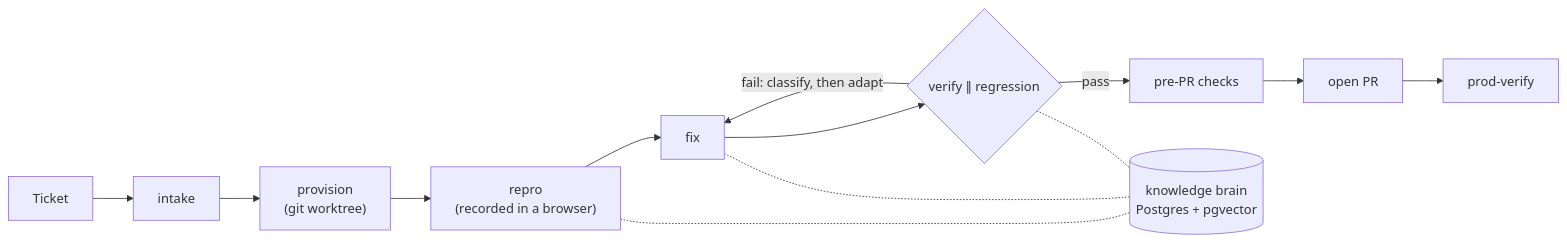
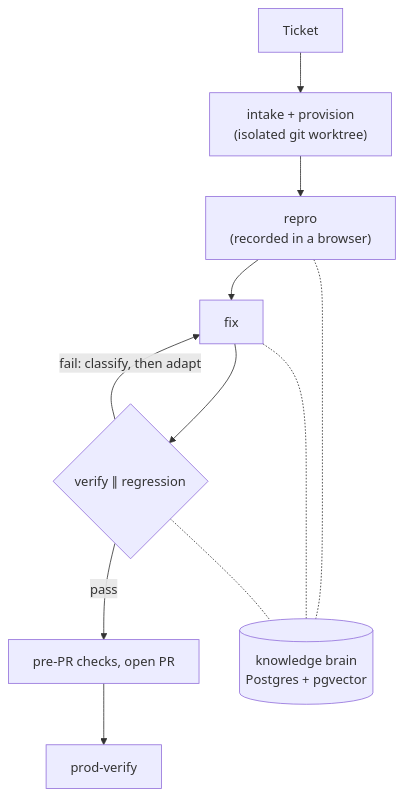
One commit to travist6983/agent-kit changed the diagram in README.md. Above: the diagram before and after it, drawn with Mermaid.

Commit message:
docs: lay the defect-loop diagram out vertically so it reads at README width
Claude-Session: https://claude.ai/code/session_011usBy4wVqdGgWhrcBGykTH

````diff
--- a/README.md
+++ b/README.md
@@ -34,11 +34,14 @@
 ```mermaid
-flowchart LR
-  ticket["Ticket"] --> intake["intake"] --> provision["provision<br/>(git worktree)"] --> repro["repro<br/>(recorded in a browser)"] --> fix["fix"]
+flowchart TD
+  ticket["Ticket"] --> intake["intake + provision<br/>(isolated git worktree)"]
+  intake --> repro["repro<br/>(recorded in a browser)"]
+  repro --> fix["fix"]
   fix --> gates{"verify ∥ regression"}
   gates -- "fail: classify, then adapt" --> fix
-  gates -- "pass" --> prepr["pre-PR checks"] --> ship["open PR"] --> prod["prod-verify"]
+  gates -- "pass" --> ship["pre-PR checks, open PR"]
+  ship --> prod["prod-verify"]
   brain[("knowledge brain<br/>Postgres + pgvector")]
   repro -.- brain
   fix -.- brain
   gates -.- brain
 ```
````
